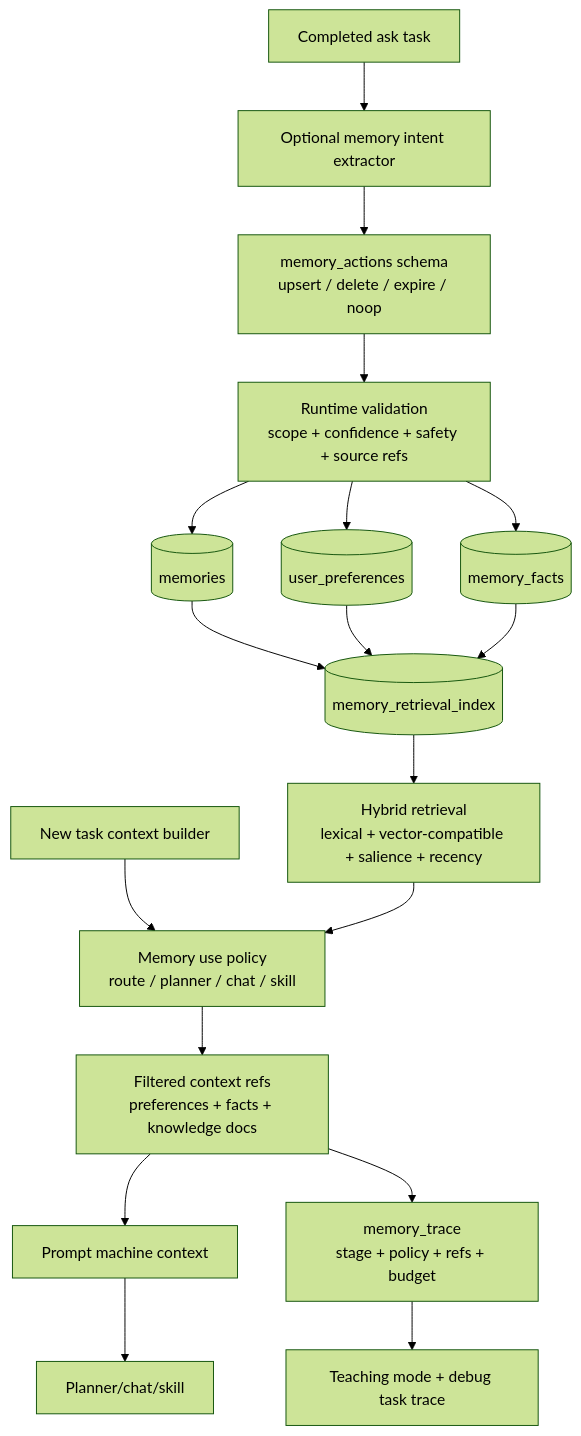
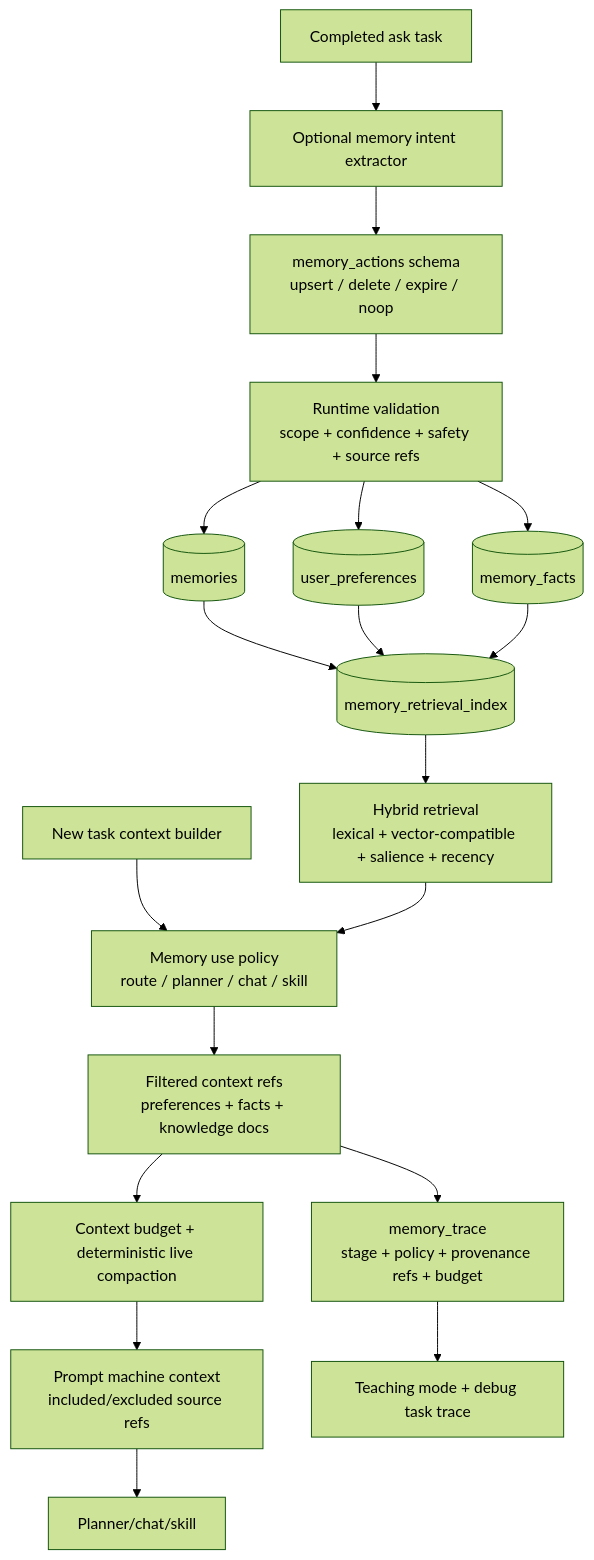
Before and after one commit to MatrixCoreX/RustClaw: diagram 16 of 17 in README.md, drawn with Mermaid (forest theme). The commit also changed other lines of this file and 1 other file, not shown here.

Commit message:
docs: align agent runtime flows

````diff
--- a/README.md
+++ b/README.md
@@ -754,20 +774,21 @@
 ```mermaid
 flowchart TD
     A[Completed ask task] --> B[Optional memory intent extractor]
     B --> C[memory_actions schema<br/>upsert / delete / expire / noop]
     C --> D[Runtime validation<br/>scope + confidence + safety + source refs]
     D --> E[(memories)]
     D --> F[(user_preferences)]
     D --> G[(memory_facts)]
     E --> H[(memory_retrieval_index)]
     F --> H
     G --> H
     I[New task context builder] --> J[Memory use policy<br/>route / planner / chat / skill]
     H --> K[Hybrid retrieval<br/>lexical + vector-compatible + salience + recency]
     K --> J
     J --> L[Filtered context refs<br/>preferences + facts + knowledge docs]
-    L --> M[Prompt machine context]
-    L --> N[memory_trace<br/>stage + policy + refs + budget]
+    L --> LB[Context budget + deterministic live compaction]
+    LB --> M[Prompt machine context<br/>included/excluded source refs]
+    L --> N[memory_trace<br/>stage + policy + provenance refs + budget]
     M --> O[Planner/chat/skill]
     N --> P[Teaching mode + debug task trace]
 ```
````
